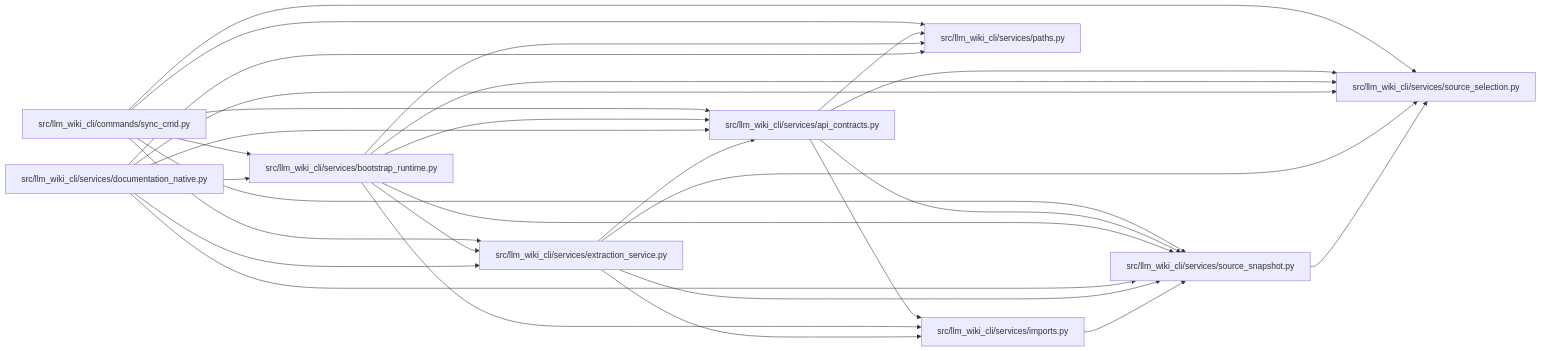
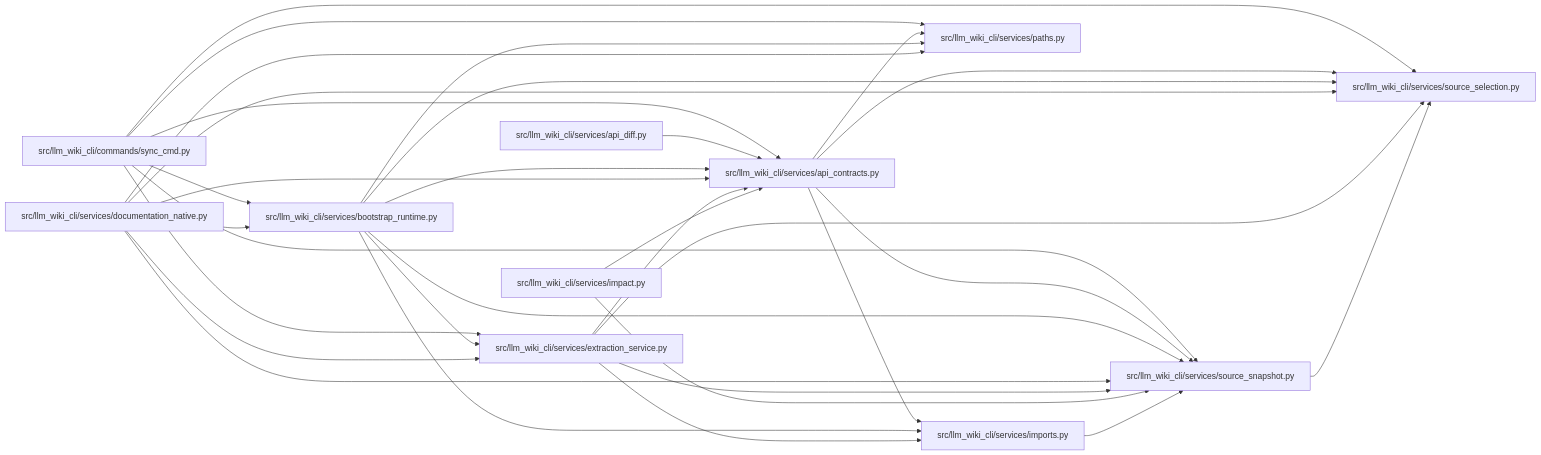
The diagram in docs/llm_wiki/modules/api_contracts.md (Denissvgn/python-wiki-llm), drawn with Mermaid before and after one commit. The commit also changed other lines of this file and 152 other files, not shown here.

````diff
--- a/docs/llm_wiki/modules/api_contracts.md
+++ b/docs/llm_wiki/modules/api_contracts.md
@@ -35,49 +35,56 @@
 ```mermaid
 flowchart LR
     n0["src/llm_wiki_cli/commands/sync_cmd.py"]
     n1["src/llm_wiki_cli/services/api_contracts.py"]
-    n2["src/llm_wiki_cli/services/bootstrap_runtime.py"]
-    n3["src/llm_wiki_cli/services/documentation_native.py"]
-    n4["src/llm_wiki_cli/services/extraction_service.py"]
-    n5["src/llm_wiki_cli/services/imports.py"]
-    n6["src/llm_wiki_cli/services/paths.py"]
-    n7["src/llm_wiki_cli/services/source_selection.py"]
-    n8["src/llm_wiki_cli/services/source_snapshot.py"]
+    n2["src/llm_wiki_cli/services/api_diff.py"]
+    n3["src/llm_wiki_cli/services/bootstrap_runtime.py"]
+    n4["src/llm_wiki_cli/services/documentation_native.py"]
+    n5["src/llm_wiki_cli/services/extraction_service.py"]
+    n6["src/llm_wiki_cli/services/impact.py"]
+    n7["src/llm_wiki_cli/services/imports.py"]
+    n8["src/llm_wiki_cli/services/paths.py"]
+    n9["src/llm_wiki_cli/services/source_selection.py"]
+    n10["src/llm_wiki_cli/services/source_snapshot.py"]
     n0 --> n1
-    n0 --> n2
-    n0 --> n4
-    n0 --> n6
-    n0 --> n7
+    n0 --> n3
+    n0 --> n5
     n0 --> n8
-    n1 --> n5
-    n1 --> n6
+    n0 --> n9
+    n0 --> n10
     n1 --> n7
     n1 --> n8
+    n1 --> n9
+    n1 --> n10
     n2 --> n1
-    n2 --> n4
-    n2 --> n5
-    n2 --> n6
-    n2 --> n7
-    n2 --> n8
     n3 --> n1
-    n3 --> n2
-    n3 --> n4
-    n3 --> n6
+    n3 --> n5
     n3 --> n7
     n3 --> n8
+    n3 --> n9
+    n3 --> n10
     n4 --> n1
+    n4 --> n3
     n4 --> n5
-    n4 --> n7
     n4 --> n8
-    n5 --> n8
-    n8 --> n7
+    n4 --> n9
+    n4 --> n10
+    n5 --> n1
+    n5 --> n7
+    n5 --> n9
+    n5 --> n10
+    n6 --> n1
+    n6 --> n10
+    n7 --> n10
+    n10 --> n9
     click n0 "../modules/sync_cmd.md"
     click n1 "../modules/api_contracts.md"
-    click n2 "../modules/bootstrap_runtime.md"
-    click n3 "../modules/documentation_native.md"
-    click n4 "../modules/extraction_service.md"
-    click n5 "../modules/imports.md"
-    click n6 "../modules/paths.md"
-    click n7 "../modules/source_selection.md"
-    click n8 "../modules/source_snapshot.md"
+    click n2 "../modules/api_diff.md"
+    click n3 "../modules/bootstrap_runtime.md"
+    click n4 "../modules/documentation_native.md"
+    click n5 "../modules/extraction_service.md"
+    click n6 "../modules/impact.md"
+    click n7 "../modules/imports.md"
+    click n8 "../modules/paths.md"
+    click n9 "../modules/source_selection.md"
+    click n10 "../modules/source_snapshot.md"
 ```
````
